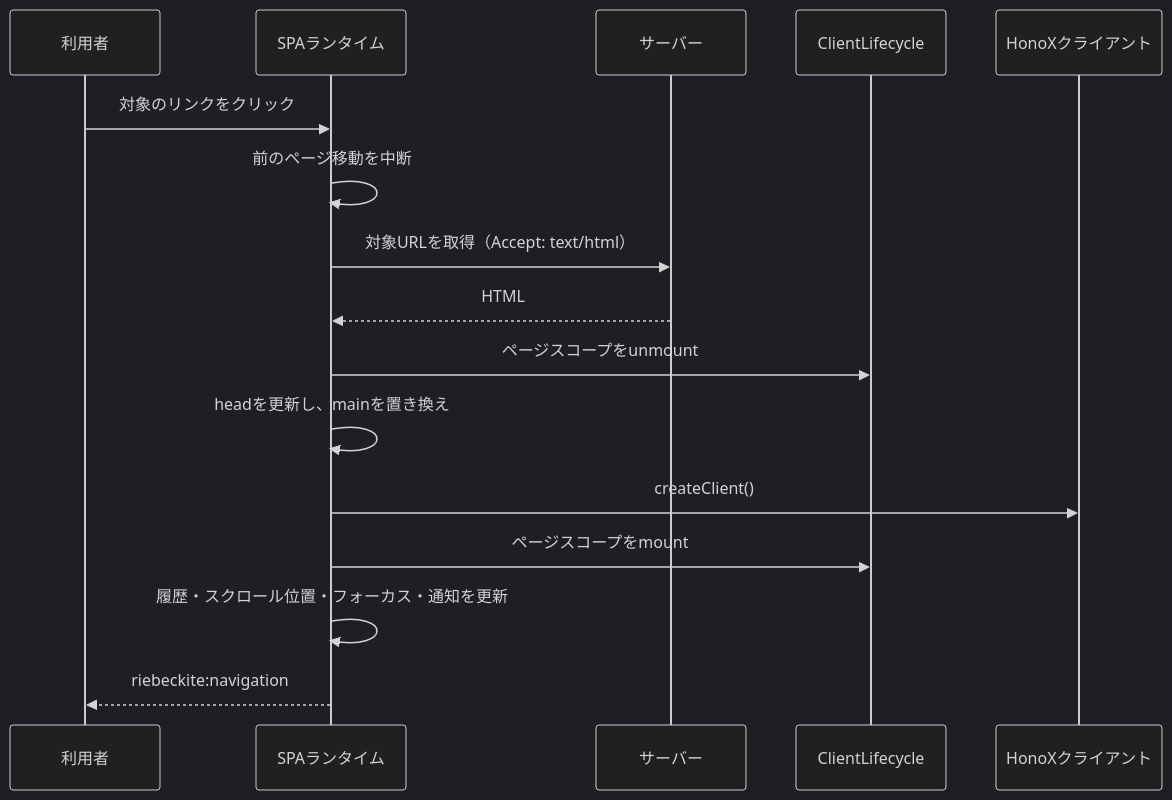
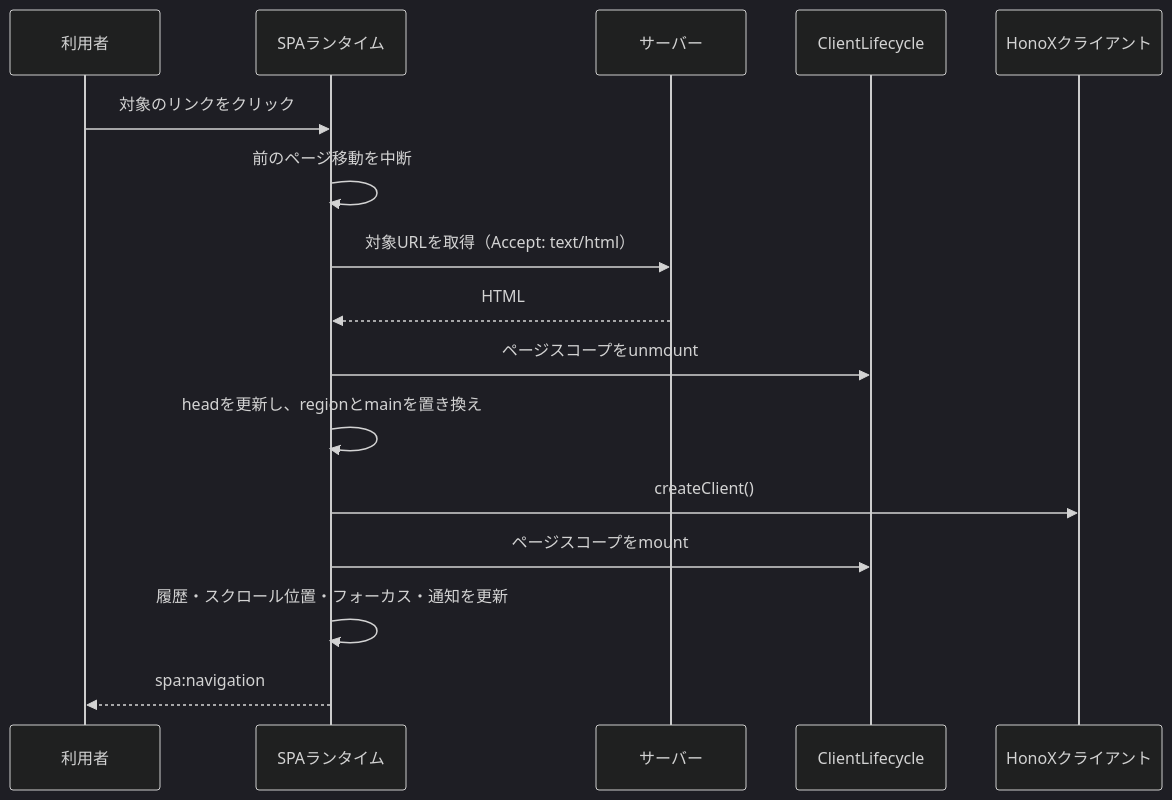
Before and after one commit to Rerurate514/riebeckite: the diagram in docs/docs/framework/spa-runtime.ja.md, drawn with Mermaid (dark theme). The commit also changed other lines of this file and 8 other files, not shown here.

````diff
--- a/docs/docs/framework/spa-runtime.ja.md
+++ b/docs/docs/framework/spa-runtime.ja.md
@@ -16,19 +16,19 @@
 ```mermaid
 sequenceDiagram
     participant U as 利用者
     participant R as SPAランタイム
     participant S as サーバー
     participant L as ClientLifecycle
     participant H as HonoXクライアント
 
     U->>R: 対象のリンクをクリック
     R->>R: 前のページ移動を中断
     R->>S: 対象URLを取得（Accept: text/html）
     S-->>R: HTML
     R->>L: ページスコープをunmount
-    R->>R: headを更新し、mainを置き換え
+    R->>R: headを更新し、regionとmainを置き換え
     R->>H: createClient()
     R->>L: ページスコープをmount
     R->>R: 履歴・スクロール位置・フォーカス・通知を更新
-    R-->>U: riebeckite:navigation
+    R-->>U: spa:navigation
 ```
````
